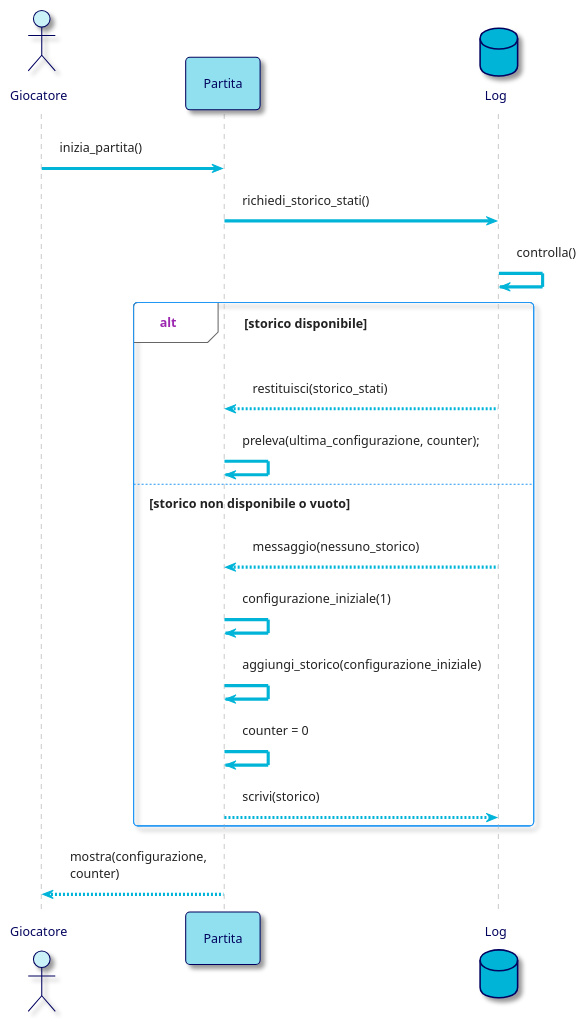
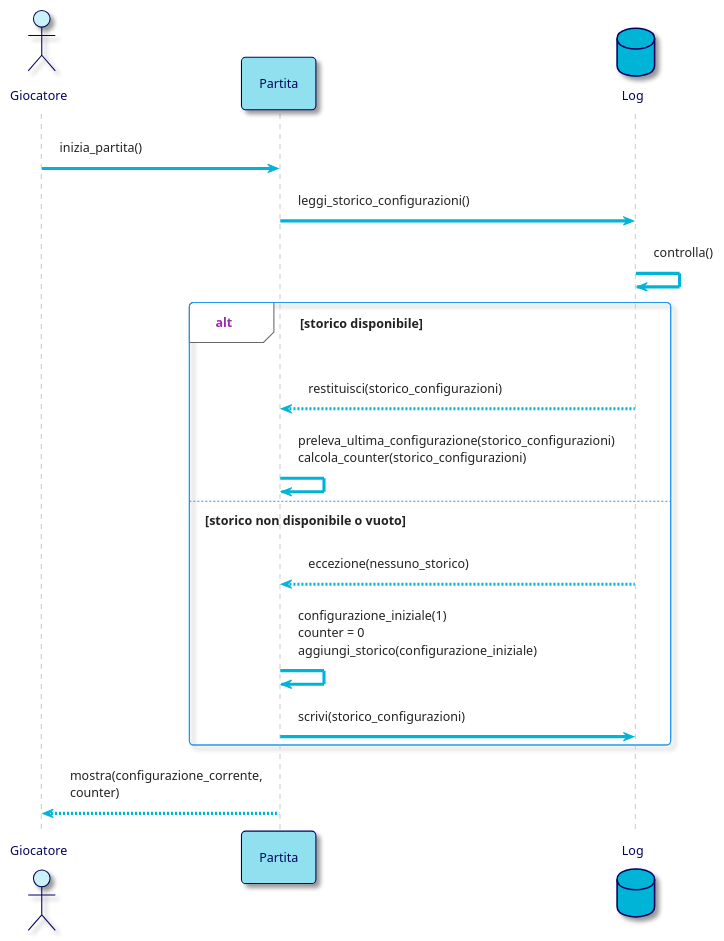
The second of 4 diagrams in resources/Sequence_Diagrams.md (bellins14/klotski_gruppo2), drawn with PlantUML before and after one commit.

Commit message:
Modificato ISD1 in Sequence_Diagrams.md

````diff
--- a/resources/Sequence_Diagrams.md
+++ b/resources/Sequence_Diagrams.md
@@ -75,41 +75,39 @@
 ```plantuml
 @startuml
 !theme materia-outline
 
 skinparam ArrowColor #00B4D8
 skinparam ActorBorderColor #03045E
 skinparam ActorFontColor #03045E
 skinparam ActorBackgroundColor #CAF0F8
 skinparam ParticipantFontColor #03045E
 skinparam ParticipantBorderColor #03045E
 skinparam ParticipantBackgroundColor #90E0EF
 skinparam DatabaseBorderColor #03045E
 skinparam DatabaseBackgroundColor #00B4D8
 skinparam DatabaseFontColor #03045E
 
 actor Giocatore 
 participant Partita
 database Log
 
 Giocatore -> Partita: inizia_partita()
 
-Partita -> Log: richiedi_storico_stati()
+Partita -> Log: leggi_storico_configurazioni()
 Log -> Log: controlla()
 
 
 alt storico disponibile
-    Log --> Partita: restituisci(storico_stati)
-    Partita -> Partita: preleva(ultima_configurazione, counter);
+    Log --> Partita: restituisci(storico_configurazioni)
+    Partita -> Partita: preleva_ultima_configurazione(storico_configurazioni) \ncalcola_counter(storico_configurazioni)
 
 else storico non disponibile o vuoto
-    Log --> Partita: messaggio(nessuno_storico)
-    Partita -> Partita: configurazione_iniziale(1)
-    Partita -> Partita: aggiungi_storico(configurazione_iniziale)
-    Partita -> Partita: counter = 0
-    Partita --> Log: scrivi(storico)
+    Log --> Partita: eccezione(nessuno_storico)
+    Partita -> Partita: configurazione_iniziale(1) \ncounter = 0 \naggiungi_storico(configurazione_iniziale)
+    Partita -> Log: scrivi(storico_configurazioni)
 end
 
-Partita --> Giocatore: mostra(configurazione,\ncounter)
+Partita --> Giocatore: mostra(configurazione_corrente,\ncounter)
 
 @enduml
 ```
````
